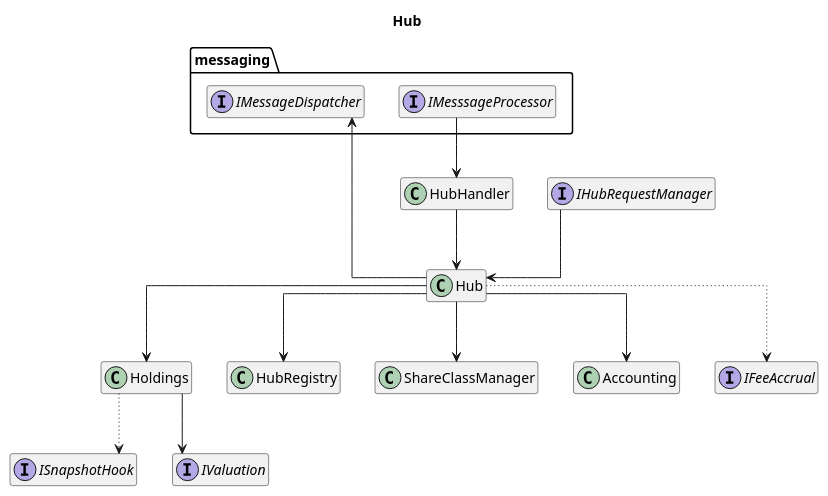
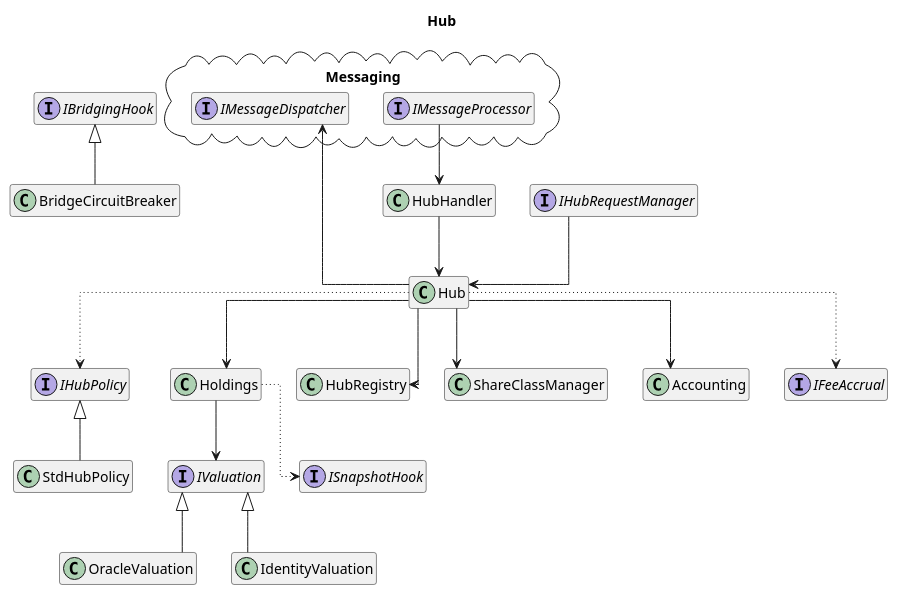
One commit to centrifuge/protocol changed the diagram in docs/architecture/core/hub.puml. Above: the diagram before and after it, drawn with PlantUML. The commit also changed 22 other files, not shown here.

Commit message:
Updated PlantUML diagrams for v3.3 (#306)

```diff
--- a/docs/architecture/core/hub.puml
+++ b/docs/architecture/core/hub.puml
@@ -1,39 +1,52 @@
 @startuml hub
 title Hub
 hide empty members
 
 skinparam linetype ortho
 
-package messaging {
+package "Messaging" <<cloud>> {
     interface IMessageDispatcher
-    interface IMesssageProcessor
+    interface IMessageProcessor
 }
 
 class Hub
 class HubHandler
 class Holdings
 class HubRegistry
 class ShareClassManager
 class Accounting
+class StdHubPolicy
+class BridgeCircuitBreaker
 
 interface ISnapshotHook
+interface IBridgingHook
 interface IValuation
 interface IFeeAccrual
+
+class OracleValuation
+class IdentityValuation
+interface IHubPolicy
 interface IHubRequestManager
 
 Hub --> Holdings
 Hub --> HubRegistry
 Hub --> ShareClassManager
 Hub --> Accounting
 Hub --> IMessageDispatcher
 Hub .[dotted].> IFeeAccrual
+Hub .[dotted].> IHubPolicy
 
 HubHandler --> Hub
-IMesssageProcessor --> HubHandler
+IMessageProcessor --> HubHandler
 
 IHubRequestManager --> Hub
 
 Holdings --> IValuation
+OracleValuation -up-|> IValuation
+IdentityValuation -up-|> IValuation
 Holdings .[dotted].> ISnapshotHook
 
+StdHubPolicy -up-|> IHubPolicy
+BridgeCircuitBreaker -up-|> IBridgingHook
+
 @enduml
```
